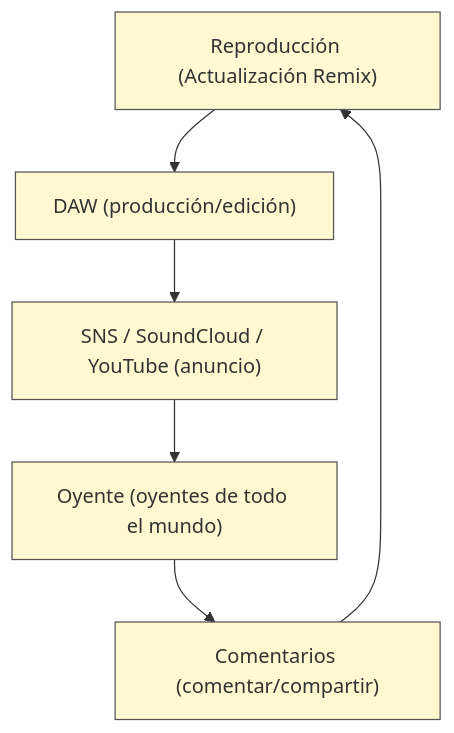
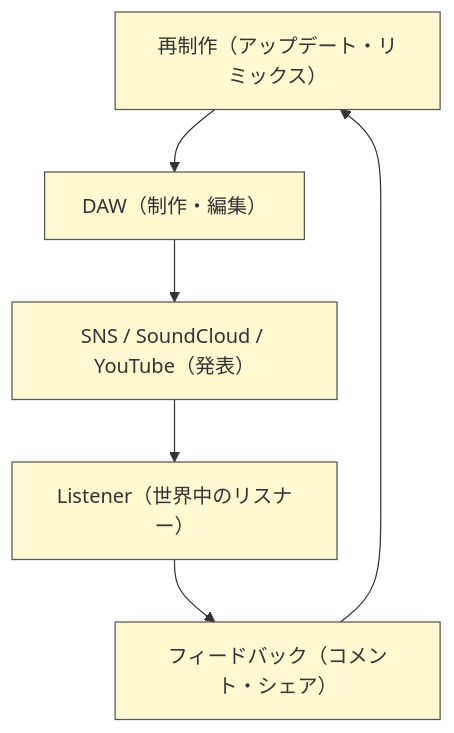
The first of 2 diagrams in es/_posts/2025-10-23-column-bedroom-producer-era.md (monumental-movement/monumental-movement.github.io), drawn with Mermaid before and after one commit. The commit also changed other lines of this file and 299 other files, not shown here.

```diff
--- a/es/_posts/2025-10-23-column-bedroom-producer-era.md
+++ b/es/_posts/2025-10-23-column-bedroom-producer-era.md
@@ -138,12 +138,12 @@
 <div class="mermaid">
 
 flowchart TD
-    A["Dormitorio"] --> B["DAW (producción/edición)"]
-    B --> C["SNS / SoundCloud / YouTube (anuncio)"]
-    C --> D["Oyente (oyentes de todo el mundo)"]
-    D --> E["Comentarios (comentar/compartir)"]
-    E --> A["Reproducción (Actualización Remix)"]
+    A["Bedroom（個人空間）"] --> B["DAW（制作・編集）"]
+    B --> C["SNS / SoundCloud / YouTube（発表）"]
+    C --> D["Listener（世界中のリスナー）"]
+    D --> E["フィードバック（コメント・シェア）"]
+    E --> A["再制作（アップデート・リミックス）"]
     classDef default fill:#fff8d1,stroke:#555,color:#333;
 
 
 </div>
```
